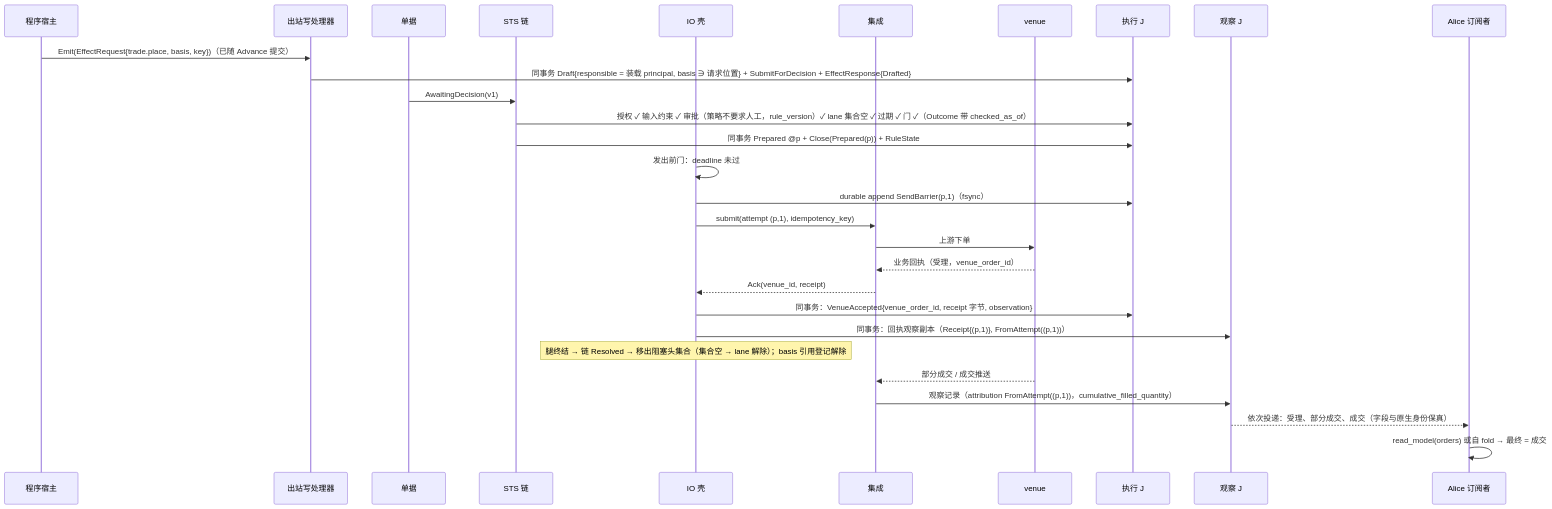
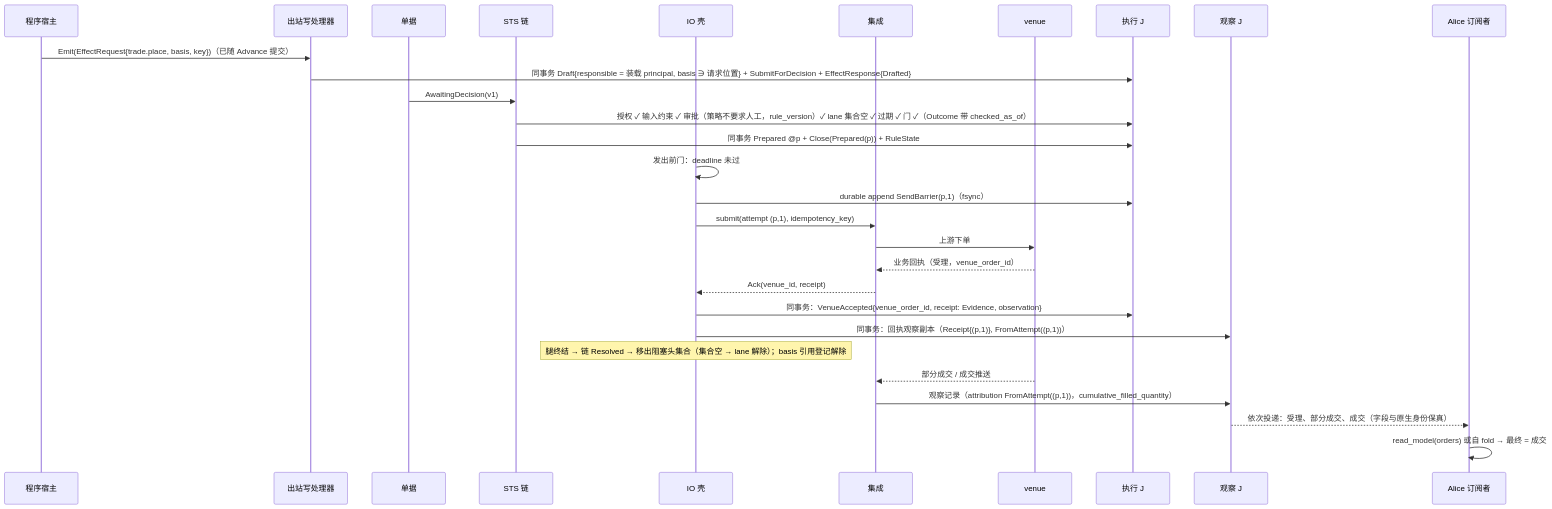
One commit to mouriya-s-lab/uta changed the fifth of 7 diagrams in design/diagrams/06-io-shell-attempt.md. Above: the diagram before and after it, drawn with Mermaid. The commit also changed other lines of this file and 13 other files, not shown here.

First line of the commit message:
design: align text and diagrams with upstream-authority amendment after full read

````diff
--- a/design/diagrams/06-io-shell-attempt.md
+++ b/design/diagrams/06-io-shell-attempt.md
@@ -163,31 +163,31 @@
 ```mermaid
 sequenceDiagram
   participant H as 程序宿主
   participant O as 出站写处理器
   participant T as 单据
   participant S as STS 链
   participant IO as IO 壳
   participant I as 集成
   participant V as venue
   participant EJ as 执行 J
   participant OJ as 观察 J
   participant A as Alice 订阅者
   H->>O: Emit(EffectRequest{trade.place, basis, key})（已随 Advance 提交）
   O->>EJ: 同事务 Draft{responsible = 装载 principal, basis ∋ 请求位置} + SubmitForDecision + EffectResponse{Drafted}
   T->>S: AwaitingDecision(v1)
   S->>EJ: 授权 ✓ 输入约束 ✓ 审批（策略不要求人工，rule_version）✓ lane 集合空 ✓ 过期 ✓ 门 ✓（Outcome 带 checked_as_of）
   S->>EJ: 同事务 Prepared @p + Close(Prepared(p)) + RuleState
   IO->>IO: 发出前门：deadline 未过
   IO->>EJ: durable append SendBarrier(p,1)（fsync）
   IO->>I: submit(attempt (p,1), idempotency_key)
   I->>V: 上游下单
   V-->>I: 业务回执（受理，venue_order_id）
   I-->>IO: Ack(venue_id, receipt)
-  IO->>EJ: 同事务：VenueAccepted{venue_order_id, receipt 字节, observation}
+  IO->>EJ: 同事务：VenueAccepted{venue_order_id, receipt: Evidence, observation}
   IO->>OJ: 同事务：回执观察副本（Receipt{(p,1)}, FromAttempt((p,1))）
   Note over IO: 腿终结 → 链 Resolved → 移出阻塞头集合（集合空 → lane 解除）；basis 引用登记解除
   V-->>I: 部分成交 / 成交推送
   I->>OJ: 观察记录（attribution FromAttempt((p,1))，cumulative_filled_quantity）
   OJ-->>A: 依次投递：受理、部分成交、成交（字段与原生身份保真）
   A->>A: read_model(orders) 或自 fold → 最终 = 成交
 ```
````
